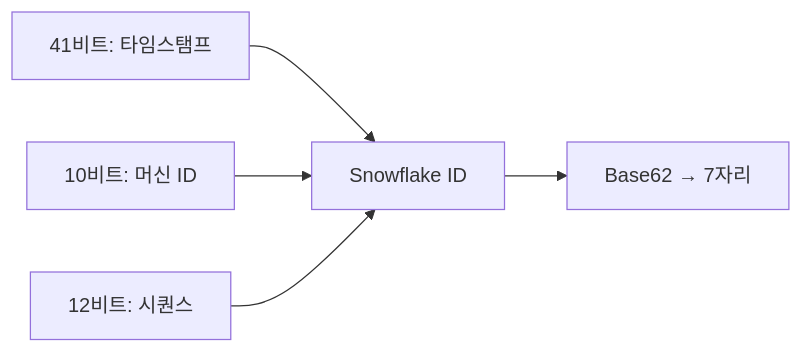
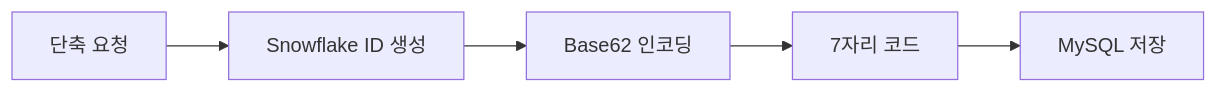
The second of 6 diagrams in _posts/systemdesign/2026-05-02-system-design-url-shortener.md (yjkim2015/yjkim2015.github.io), drawn with Mermaid before and after one commit. The commit also changed other lines of this file and 4 other files, not shown here.

````diff
--- a/_posts/systemdesign/2026-05-02-system-design-url-shortener.md
+++ b/_posts/systemdesign/2026-05-02-system-design-url-shortener.md
@@ -152,7 +237,7 @@
 ```mermaid
 graph LR
-    T["41비트: 타임스탬프"] --> ID["Snowflake ID"]
-    M["10비트: 머신 ID"] --> ID
-    S["12비트: 시퀀스"] --> ID
-    ID --> BASE62["Base62 → 7자리"]
+    REQ["단축 요청"] --> SF["Snowflake ID 생성"]
+    SF --> B62["Base62 인코딩"]
+    B62 --> CODE["7자리 코드"]
+    CODE --> DB["MySQL 저장"]
 ```
````
